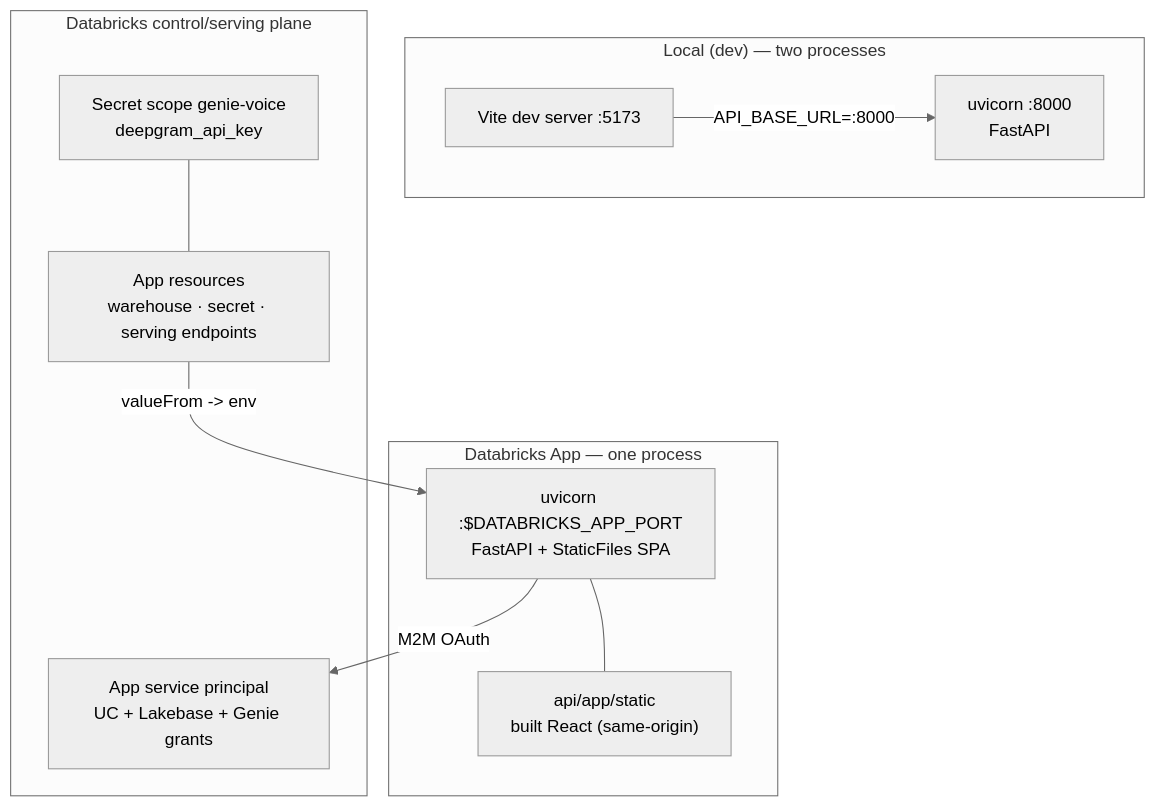
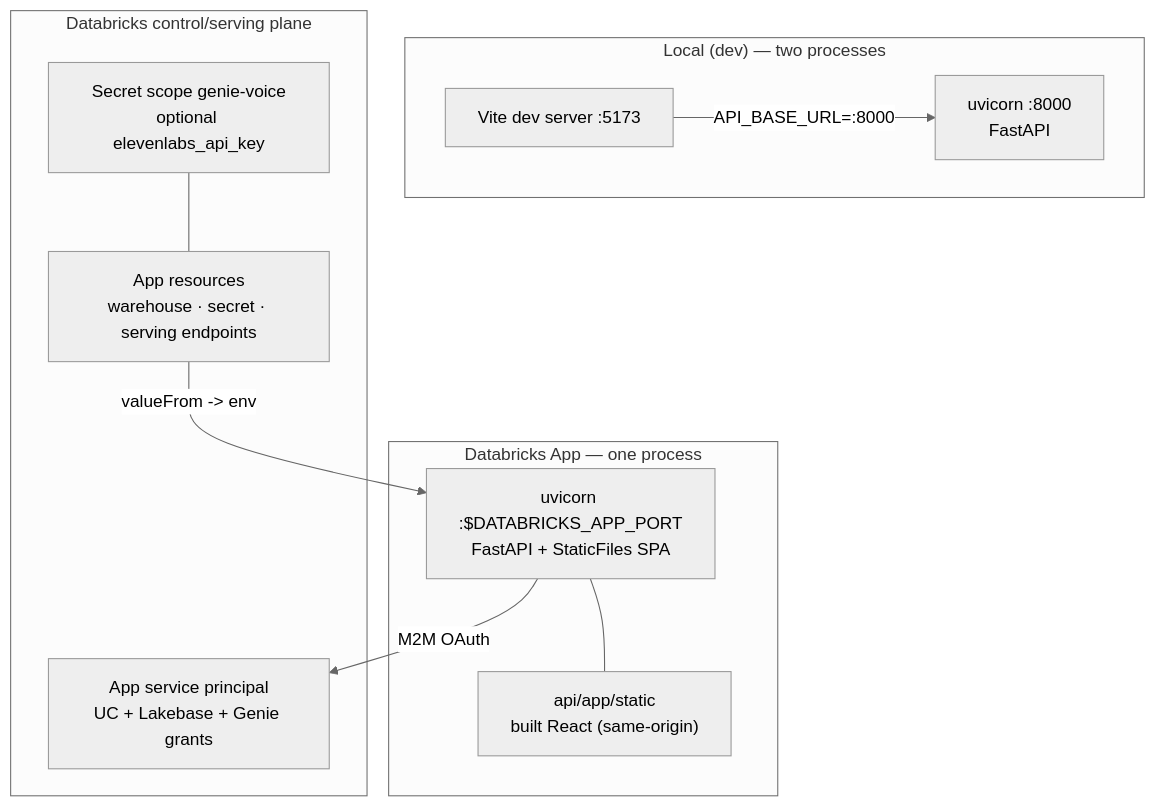
The second of 6 diagrams in docs/ARCHITECTURE.md (suneelsunkara-db/genie-voice-agent), drawn with Mermaid (neutral theme) before and after one commit. The commit also changed other lines of this file and 49 other files, not shown here.

````diff
--- a/docs/ARCHITECTURE.md
+++ b/docs/ARCHITECTURE.md
@@ -164,24 +164,24 @@
 ```mermaid
 flowchart TB
     subgraph LOCAL["Local (dev) — two processes"]
         VITE["Vite dev server :5173"]
         UVI1["uvicorn :8000<br/>FastAPI"]
         VITE -->|"API_BASE_URL=:8000"| UVI1
     end
 
     subgraph APP["Databricks App — one process"]
         UVI2["uvicorn :$DATABRICKS_APP_PORT<br/>FastAPI + StaticFiles SPA"]
         STATIC["api/app/static<br/>built React (same-origin)"]
         UVI2 --- STATIC
     end
 
     subgraph DBX["Databricks control/serving plane"]
         SP["App service principal<br/>UC + Lakebase + Genie grants"]
-        SEC["Secret scope genie-voice<br/>deepgram_api_key"]
+        SEC["Secret scope genie-voice<br/>optional elevenlabs_api_key"]
         RES["App resources<br/>warehouse · secret · serving endpoints"]
     end
 
     UVI2 -->|"M2M OAuth"| SP
     RES -->|"valueFrom -> env"| UVI2
     SEC --- RES
 ```
````
